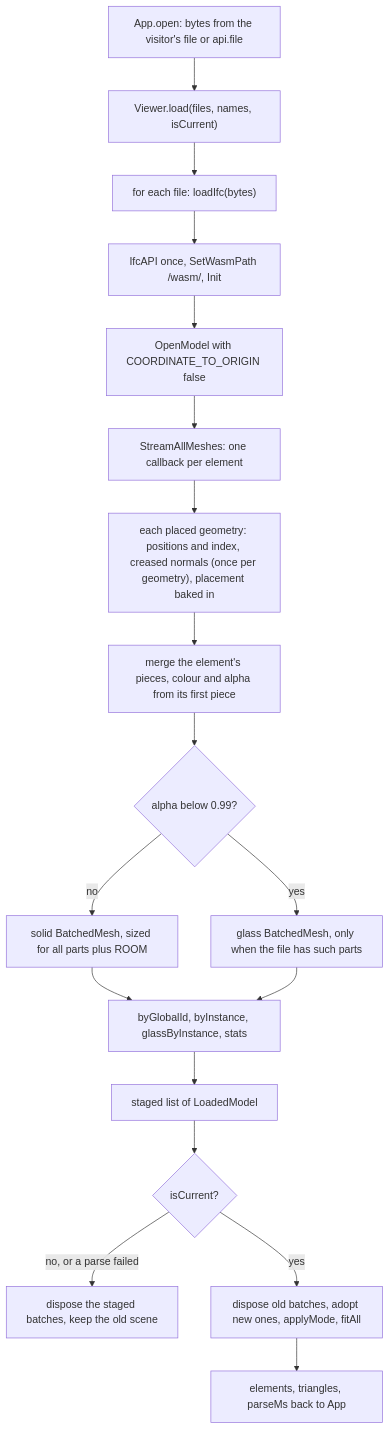
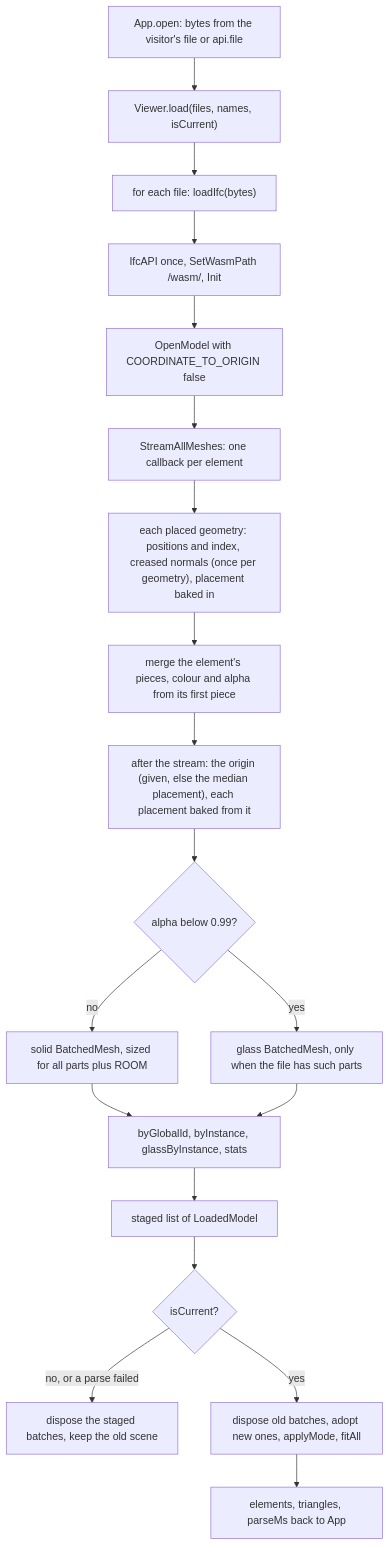
One commit to IssueLab-Inc/ORCA changed the first of 4 diagrams in docs/architecture/13-3d-viewer.md. Above: the diagram before and after it, drawn with Mermaid. The commit also changed other lines of this file and 14 other files, not shown here.

````diff
--- a/docs/architecture/13-3d-viewer.md
+++ b/docs/architecture/13-3d-viewer.md
@@ -50,20 +65,21 @@
 ```mermaid
 flowchart TD
   open["App.open: bytes from the visitor's file or api.file"] --> load["Viewer.load(files, names, isCurrent)"]
   load --> each["for each file: loadIfc(bytes)"]
   each --> init["IfcAPI once, SetWasmPath /wasm/, Init"]
   init --> om["OpenModel with COORDINATE_TO_ORIGIN false"]
   om --> stream["StreamAllMeshes: one callback per element"]
   stream --> geo["each placed geometry: positions and index, creased normals (once per geometry), placement baked in"]
   geo --> merge["merge the element's pieces, colour and alpha from its first piece"]
-  merge --> split{"alpha below 0.99?"}
+  merge --> origin["after the stream: the origin (given, else the median placement), each placement baked from it"]
+  origin --> split{"alpha below 0.99?"}
   split -->|"no"| solid["solid BatchedMesh, sized for all parts plus ROOM"]
   split -->|"yes"| glass["glass BatchedMesh, only when the file has such parts"]
   solid --> maps["byGlobalId, byInstance, glassByInstance, stats"]
   glass --> maps
   maps --> staged["staged list of LoadedModel"]
   staged --> current{"isCurrent?"}
   current -->|"no, or a parse failed"| dispose["dispose the staged batches, keep the old scene"]
   current -->|"yes"| adopt["dispose old batches, adopt new ones, applyMode, fitAll"]
   adopt --> stats["elements, triangles, parseMs back to App"]
 ```
````
